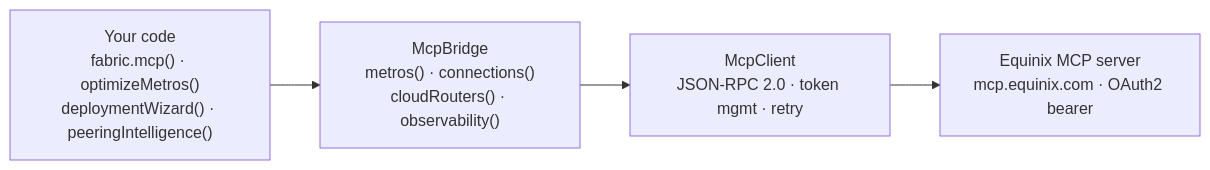
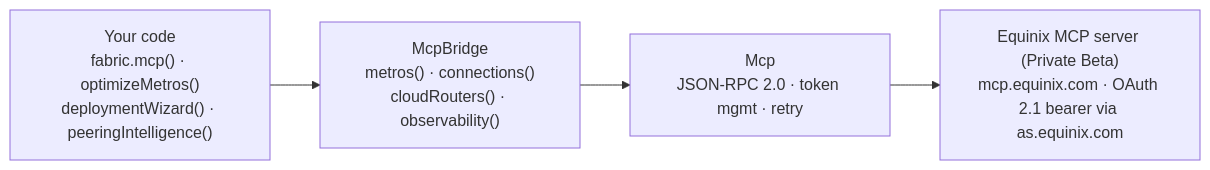
Before and after one commit to iantjones/equinix-java-sdk: the second of 4 diagrams in README.md, drawn with Mermaid. The commit also changed other lines of this file and 33 other files, not shown here.

````diff
--- a/README.md
+++ b/README.md
@@ -1094,8 +1099,8 @@
 ```mermaid
 flowchart LR
     code["Your code<br/>fabric.mcp() · optimizeMetros()<br/>deploymentWizard() · peeringIntelligence()"]
     bridge["McpBridge<br/>metros() · connections()<br/>cloudRouters() · observability()"]
-    client["McpClient<br/>JSON-RPC 2.0 · token mgmt · retry"]
-    server["Equinix MCP server<br/>mcp.equinix.com · OAuth2 bearer"]
+    client["Mcp<br/>JSON-RPC 2.0 · token mgmt · retry"]
+    server["Equinix MCP server (Private Beta)<br/>mcp.equinix.com · OAuth 2.1 bearer via as.equinix.com"]
     code --> bridge --> client --> server
 ```
````
